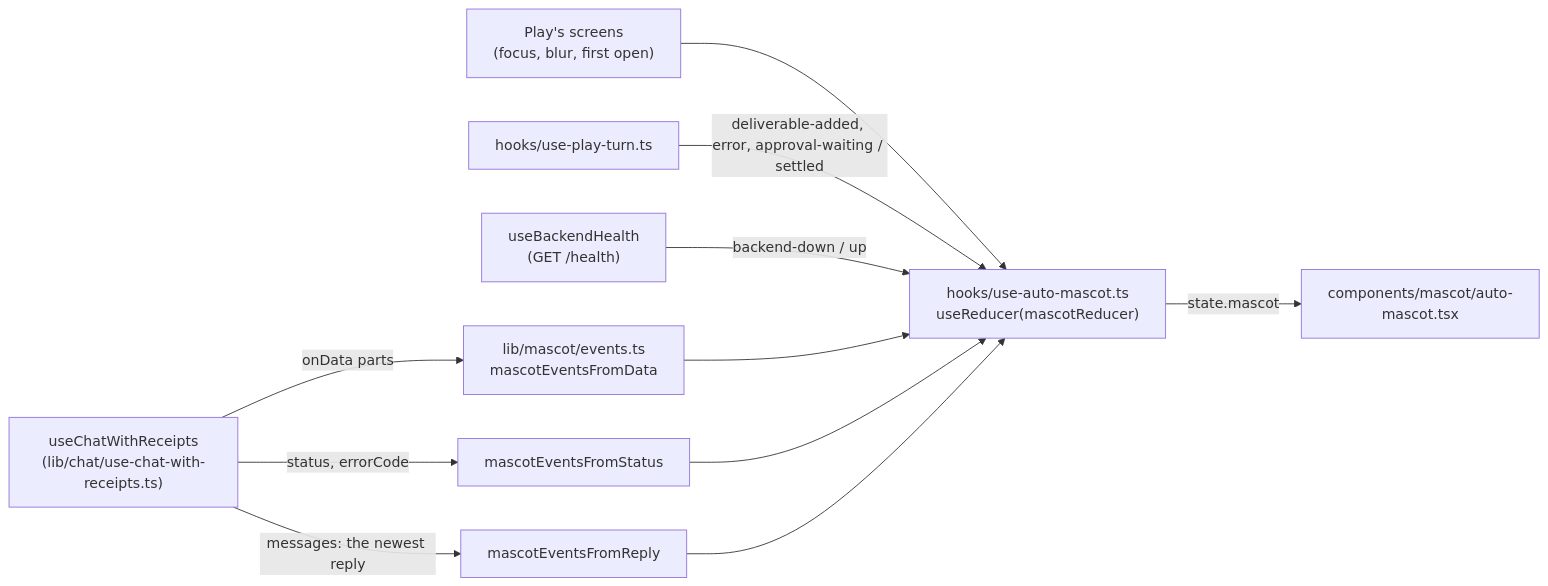
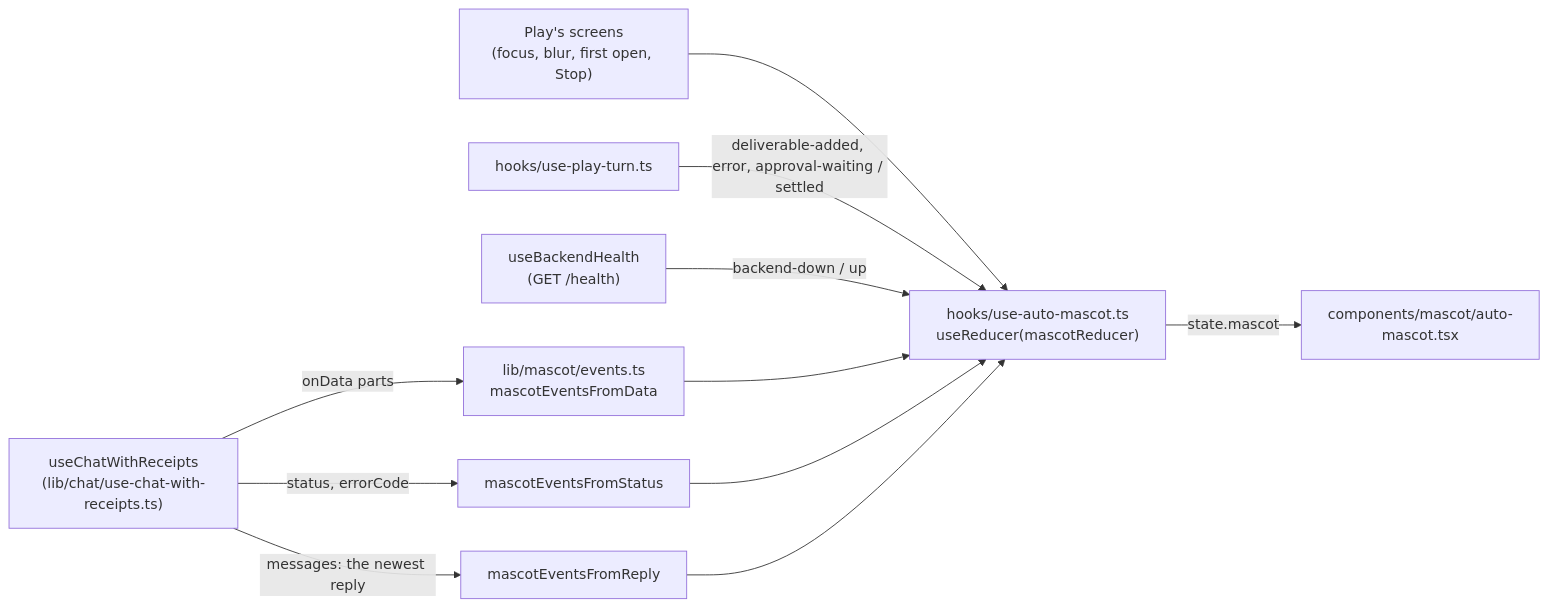
The second of 2 diagrams in docs/frontend-architecture/play-theme.md (AutomatosAI/automatos-ai), drawn with Mermaid before and after one commit. The commit also changed other lines of this file and 11 other files, not shown here.

````diff
--- a/docs/frontend-architecture/play-theme.md
+++ b/docs/frontend-architecture/play-theme.md
@@ -335,13 +365,13 @@
 ```mermaid
 graph LR
     Chat["useChatWithReceipts<br/>(lib/chat/use-chat-with-receipts.ts)"] -->|"onData parts"| Events["lib/mascot/events.ts<br/>mascotEventsFromData"]
     Chat -->|"status, errorCode"| Status["mascotEventsFromStatus"]
     Chat -->|"messages: the newest reply"| Reply["mascotEventsFromReply"]
-    Page["Play's screens<br/>(focus, blur, first open)"] --> Driver
+    Page["Play's screens<br/>(focus, blur, first open, Stop)"] --> Driver
     Turn["hooks/use-play-turn.ts"] -->|"deliverable-added, error, approval-waiting / settled"| Driver
     Health["useBackendHealth<br/>(GET /health)"] -->|"backend-down / up"| Driver
     Events --> Driver["hooks/use-auto-mascot.ts<br/>useReducer(mascotReducer)"]
     Status --> Driver
     Reply --> Driver
     Driver -->|"state.mascot"| View["components/mascot/auto-mascot.tsx"]
 ```
````
